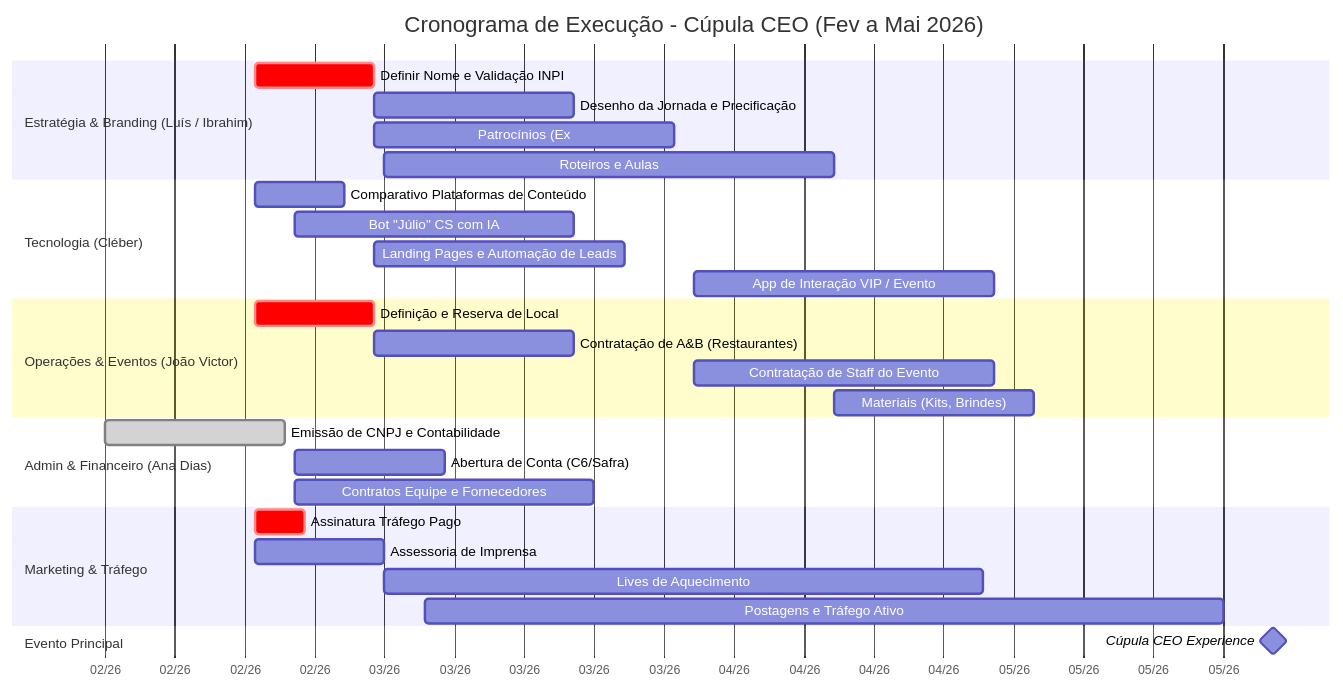
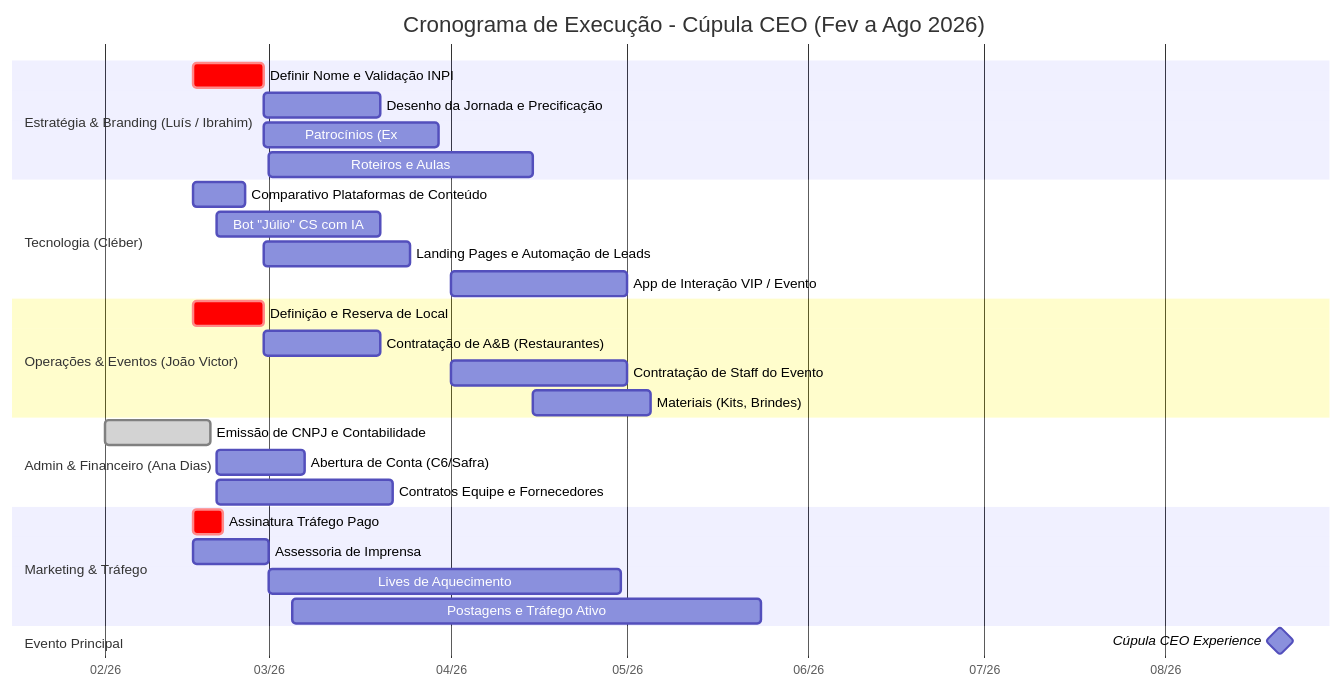
The diagram in Projeto Vidi/Arquivos_Gestor_De_Projeto/docs/cupula_ceo_event_execution_plan.md (EcossistemaLive/TecnoIT), drawn with Mermaid before and after one commit. The commit also changed other lines of this file and 8123 other files, not shown here.

````diff
--- a/Projeto Vidi/Arquivos_Gestor_De_Projeto/docs/cupula_ceo_event_execution_plan.md
+++ b/Projeto Vidi/Arquivos_Gestor_De_Projeto/docs/cupula_ceo_event_execution_plan.md
@@ -7,38 +7,38 @@
 ```mermaid
 gantt
-    title Cronograma de Execução - Cúpula CEO (Fev a Mai 2026)
+    title Cronograma de Execução - Cúpula CEO (Fev a Ago 2026)
     dateFormat  YYYY-MM-DD
     axisFormat  %m/%y
     
     section Estratégia & Branding (Luís / Ibrahim)
     Definir Nome e Validação INPI        :crit, strat1, 2026-02-16, 2026-02-28
     Desenho da Jornada e Precificação    :strat2, after strat1, 20d
     Patrocínios (Ex: Ótica San Pietro)   :strat3, after strat1, 30d
     Roteiros e Aulas                     :strat4, 2026-03-01, 45d
 
     section Tecnologia (Cléber)
     Comparativo Plataformas de Conteúdo  :tech1, 2026-02-16, 2026-02-25
     Bot "Júlio" CS com IA                 :tech2, 2026-02-20, 2026-03-20
     Landing Pages e Automação de Leads   :tech3, after strat1, 25d
     App de Interação VIP / Evento        :tech4, 2026-04-01, 30d
 
     section Operações & Eventos (João Victor)
     Definição e Reserva de Local         :crit, ops1, 2026-02-16, 2026-02-28
     Contratação de A&B (Restaurantes)    :ops2, after ops1, 20d
     Contratação de Staff do Evento       :ops3, 2026-04-01, 30d
     Materiais (Kits, Brindes)            :ops4, 2026-04-15, 20d
 
     section Admin & Financeiro (Ana Dias)
     Emissão de CNPJ e Contabilidade      :done, adm1, 2026-02-01, 2026-02-19
     Abertura de Conta (C6/Safra)         :adm2, 2026-02-20, 15d
     Contratos Equipe e Fornecedores      :adm3, 2026-02-20, 30d
 
     section Marketing & Tráfego
     Assinatura Tráfego Pago              :crit, mkt1, 2026-02-16, 2026-02-21
     Assessoria de Imprensa               :mkt2, 2026-02-16, 2026-03-01
     Lives de Aquecimento                 :mkt3, 2026-03-01, 60d
     Postagens e Tráfego Ativo            :mkt4, 2026-03-05, 80d
 
     section Evento Principal
-    Cúpula CEO Experience              :milestone, event1, 2026-05-28, 2d
+    Cúpula CEO Experience              :milestone, event1, 2026-08-20, 1d
 ```
````
